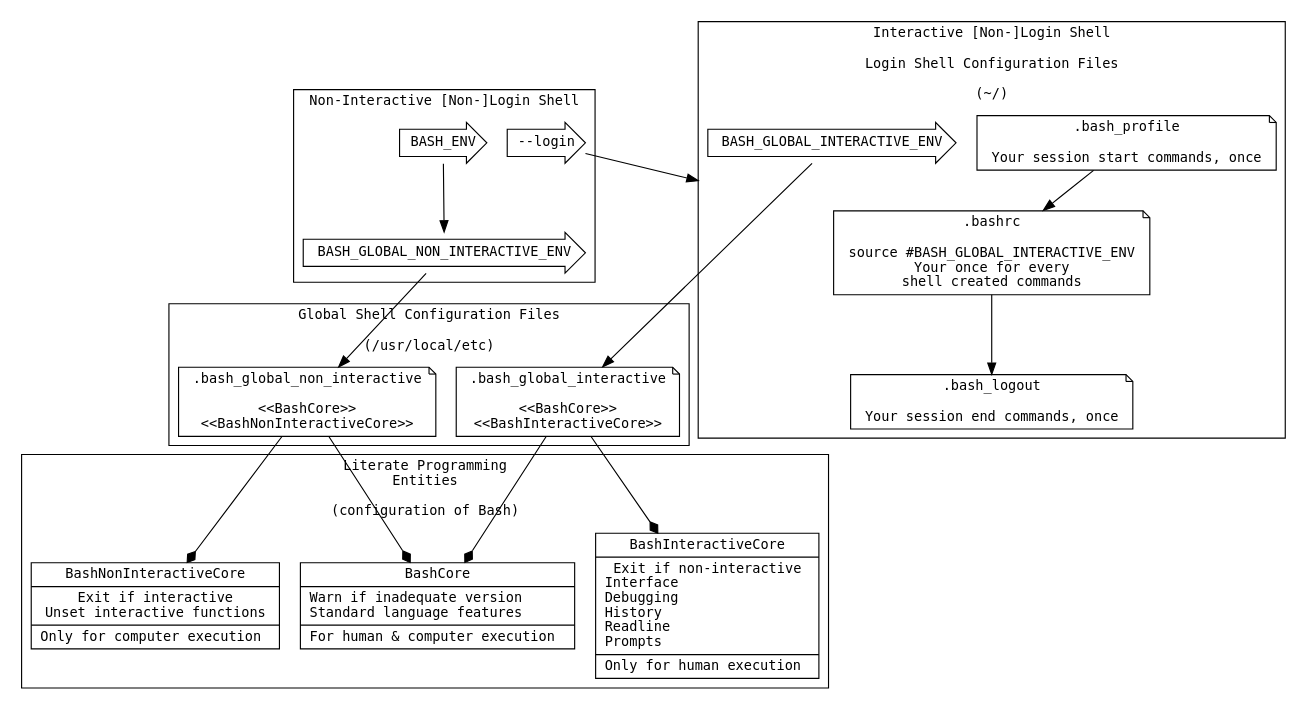
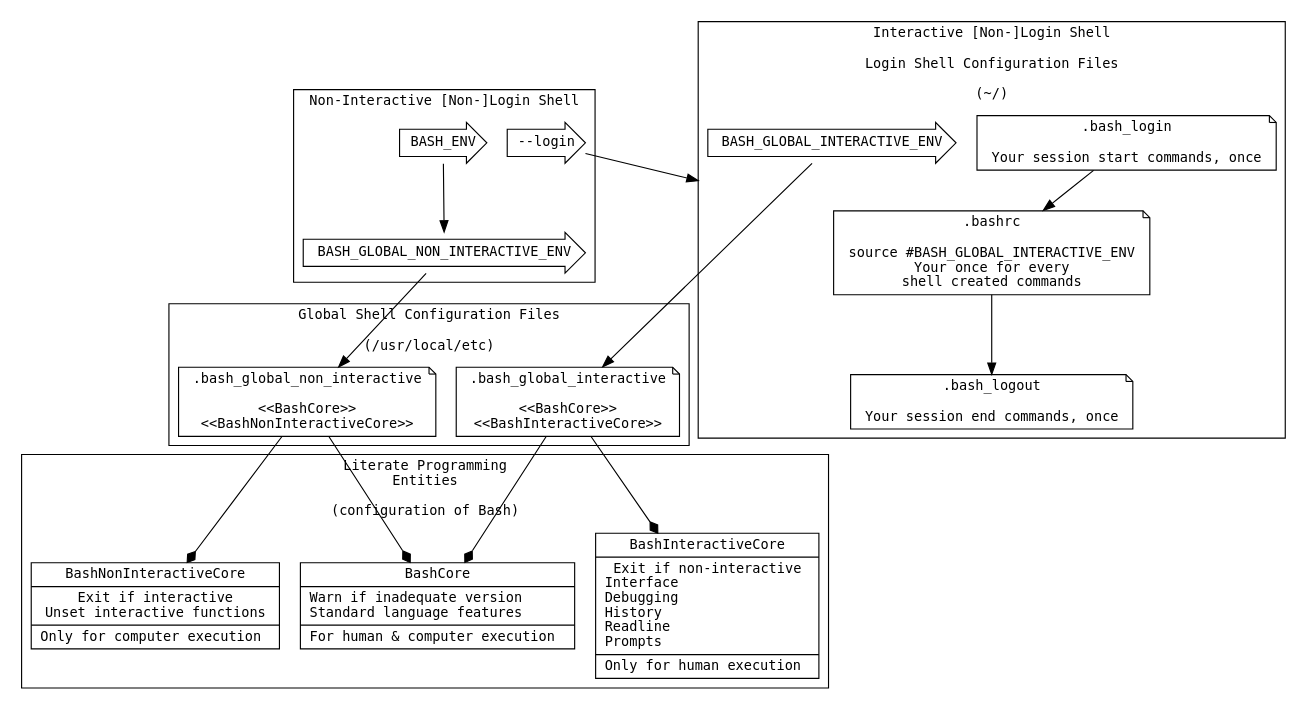
One commit to grettke/bash changed the diagram in Design.org. Above: the diagram before and after it, drawn with Graphviz. The commit also changed 6 other files, not shown here.

Commit message:
.bash_login is symmetrical to .bash_logout instead of profile

```diff
--- a/Design.org
+++ b/Design.org
@@ -206,41 +206,41 @@
 #+BEGIN_SRC dot :file "./image/version04.png" :wrap "RESULTS"
 digraph version5 {
   fontname = "DejaVu Sans Mono";
   fontsize = 12;
   node [shape = "record" fontname = "DejaVu Sans Mono" fontsize = 12];
   compound = true;
   subgraph cluster_A {
     label = "Literate Programming\nEntities\n\n(configuration of Bash)";
     BashCore[label = "{BashCore|Warn if inadequate version\lStandard language features\l|For human & computer execution\l}"];
     BashNonInteractiveCore[label = "{BashNonInteractiveCore|Exit if interactive\nUnset interactive functions|Only for computer execution\l}"];
     BashInteractiveCore[label = "{BashInteractiveCore|Exit if non-interactive\nInterface\lDebugging\lHistory\lReadline\lPrompts\l|Only for human execution\l}"];
   }
   subgraph cluster_B {
     label = "Global Shell Configuration Files\n\n(/usr/local/etc)";
     BashGlobalNonInteractiveFile[shape = "note" label = ".bash_global_non_interactive\n\n<<BashCore>>\n<<BashNonInteractiveCore>>"];
     BashGlobalInteractiveFile[shape = "note" label = ".bash_global_interactive\n\n<<BashCore>>\n<<BashInteractiveCore>>"];
   }
   subgraph cluster_C {
     label = "Interactive [Non-]Login Shell\n\nLogin Shell Configuration Files\n\n(~/)";
-    BashProfile[shape = "note" label = ".bash_profile\n\nYour session start commands, once"];
+    BashLogin[shape = "note" label = ".bash_login\n\nYour session start commands, once"];
     BashRc[shape = "note" label = ".bashrc\n\nsource #BASH_GLOBAL_INTERACTIVE_ENV\nYour once for every\nshell created commands"];
     BashLogout[shape = "note" label = ".bash_logout\n\nYour session end commands, once"];
     BashGlobalInteractiveProp [shape = "rarrow" label = "BASH_GLOBAL_INTERACTIVE_ENV"];
   }
   subgraph cluster_D {
     label = "Non-Interactive [Non-]Login Shell";
     BashEnv [shape = "rarrow" label = "BASH_ENV"];
     BashGlobalNonInteractiveProp [shape = "rarrow" label = "BASH_GLOBAL_NON_INTERACTIVE_ENV"];
     BashNonInteractiveLoginInit [shape = "rarrow" label="--login"];
   }
-  BashProfile -> BashRc;
+  BashLogin -> BashRc;
   BashRc -> BashLogout;
   BashEnv -> BashGlobalNonInteractiveProp -> BashGlobalNonInteractiveFile;
   BashGlobalInteractiveProp -> BashGlobalInteractiveFile;
   BashNonInteractiveLoginInit -> BashRc [lhead=cluster_C];
   BashGlobalInteractiveFile -> BashCore [arrowhead=diamond];
   BashGlobalInteractiveFile -> BashInteractiveCore [arrowhead=diamond];
   BashGlobalNonInteractiveFile -> BashCore [arrowhead=diamond];
   BashGlobalNonInteractiveFile -> BashNonInteractiveCore [arrowhead=diamond];
 }
 #+END_SRC
```
